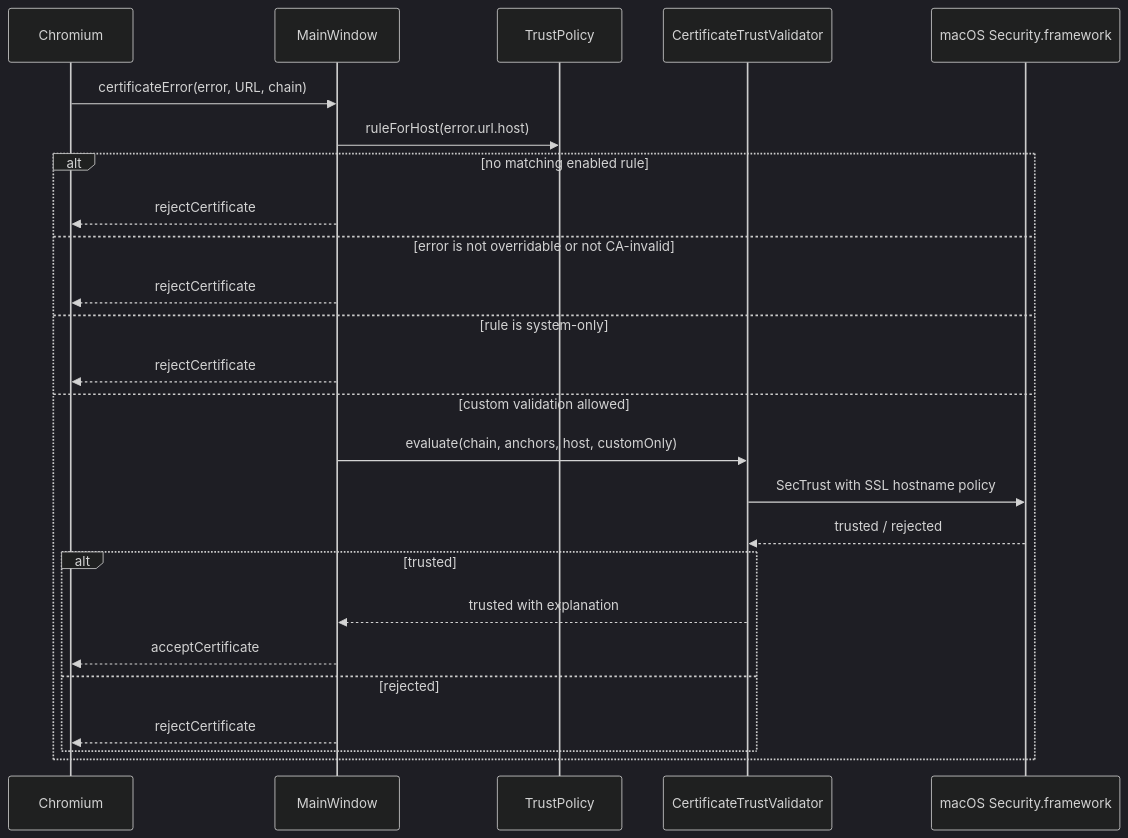
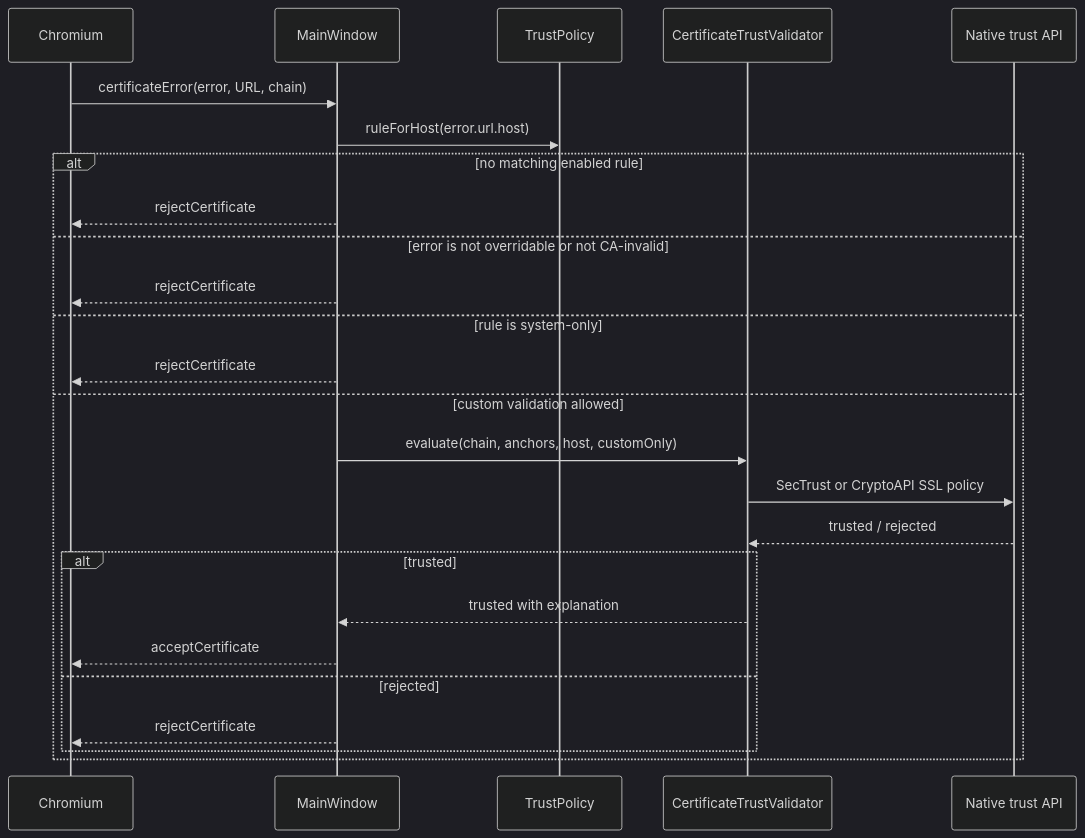
Before and after one commit to tavvet/pan-browser: the second of 2 diagrams in docs/ARCHITECTURE.md, drawn with Mermaid (dark theme). The commit also changed other lines of this file and 5 other files, not shown here.

````diff
--- a/docs/ARCHITECTURE.md
+++ b/docs/ARCHITECTURE.md
@@ -118,28 +118,28 @@
 ```mermaid
 sequenceDiagram
     participant Chromium
     participant MainWindow
     participant Policy as TrustPolicy
     participant Validator as CertificateTrustValidator
-    participant Security as macOS Security.framework
+    participant Native as Native trust API
 
     Chromium->>MainWindow: certificateError(error, URL, chain)
     MainWindow->>Policy: ruleForHost(error.url.host)
     alt no matching enabled rule
         MainWindow-->>Chromium: rejectCertificate
     else error is not overridable or not CA-invalid
         MainWindow-->>Chromium: rejectCertificate
     else rule is system-only
         MainWindow-->>Chromium: rejectCertificate
     else custom validation allowed
         MainWindow->>Validator: evaluate(chain, anchors, host, customOnly)
-        Validator->>Security: SecTrust with SSL hostname policy
-        Security-->>Validator: trusted / rejected
+        Validator->>Native: SecTrust or CryptoAPI SSL policy
+        Native-->>Validator: trusted / rejected
         alt trusted
             Validator-->>MainWindow: trusted with explanation
             MainWindow-->>Chromium: acceptCertificate
         else rejected
             MainWindow-->>Chromium: rejectCertificate
         end
     end
 ```
````
